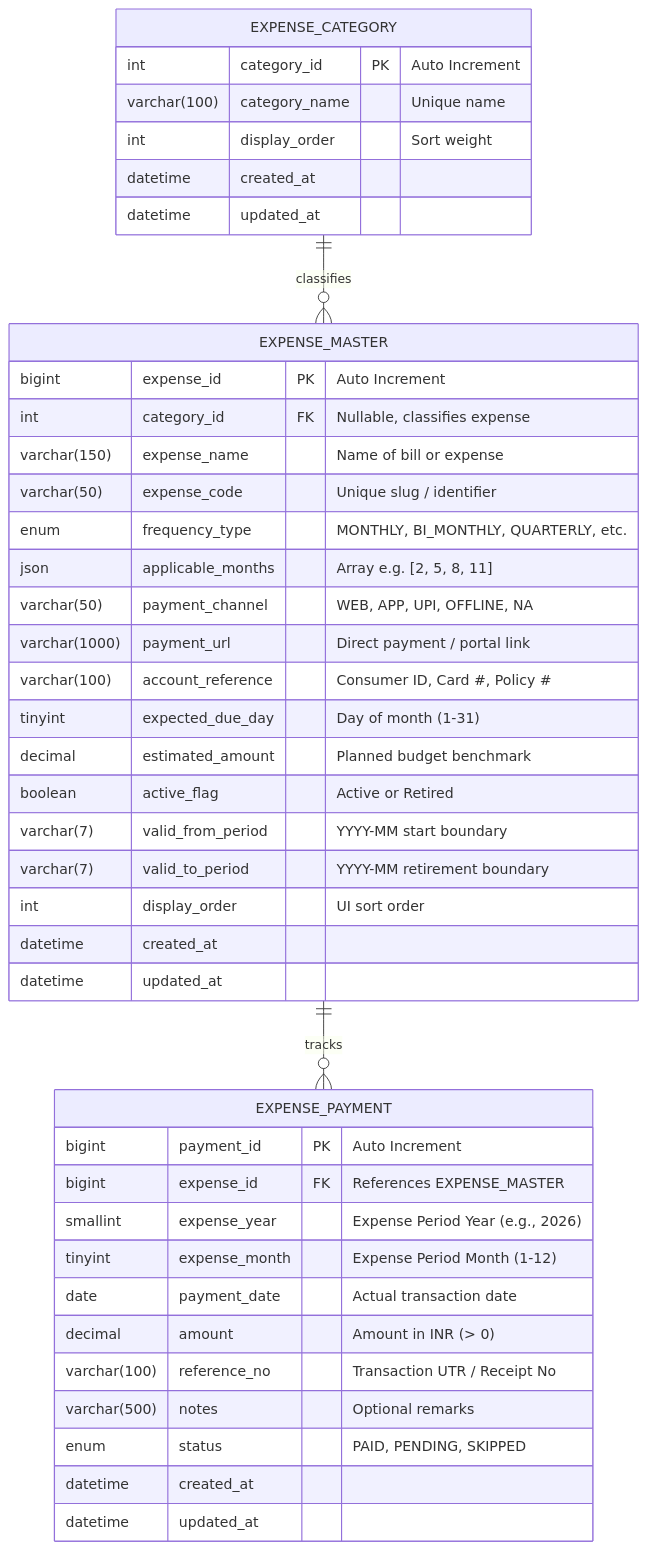
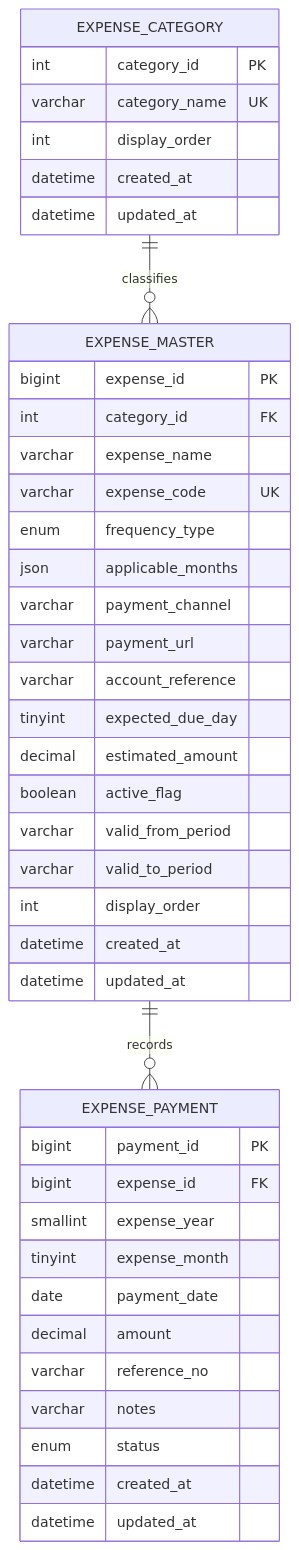
The diagram in er_diagram.md (rautrupesh75/expenseTracker), drawn with Mermaid before and after one commit. The commit also changed other lines of this file and 3 other files, not shown here.

````diff
--- a/er_diagram.md
+++ b/er_diagram.md
@@ -7,47 +6,47 @@
 ```mermaid
 erDiagram
     EXPENSE_CATEGORY ||--o{ EXPENSE_MASTER : classifies
-    EXPENSE_MASTER ||--o{ EXPENSE_PAYMENT : tracks
+    EXPENSE_MASTER ||--o{ EXPENSE_PAYMENT : records
 
     EXPENSE_CATEGORY {
-        int category_id PK "Auto Increment"
-        varchar(100) category_name "Unique name"
-        int display_order "Sort weight"
+        int category_id PK
+        varchar category_name UK
+        int display_order
         datetime created_at
         datetime updated_at
     }
 
     EXPENSE_MASTER {
-        bigint expense_id PK "Auto Increment"
-        int category_id FK "Nullable, classifies expense"
-        varchar(150) expense_name "Name of bill or expense"
-        varchar(50) expense_code "Unique slug / identifier"
-        enum frequency_type "MONTHLY, BI_MONTHLY, QUARTERLY, etc."
-        json applicable_months "Array e.g. [2, 5, 8, 11]"
-        varchar(50) payment_channel "WEB, APP, UPI, OFFLINE, NA"
-        varchar(1000) payment_url "Direct payment / portal link"
-        varchar(100) account_reference "Consumer ID, Card #, Policy #"
-        tinyint expected_due_day "Day of month (1-31)"
-        decimal estimated_amount "Planned budget benchmark"
-        boolean active_flag "Active or Retired"
-        varchar(7) valid_from_period "YYYY-MM start boundary"
-        varchar(7) valid_to_period "YYYY-MM retirement boundary"
-        int display_order "UI sort order"
+        bigint expense_id PK
+        int category_id FK
+        varchar expense_name
+        varchar expense_code UK
+        enum frequency_type
+        json applicable_months
+        varchar payment_channel
+        varchar payment_url
+        varchar account_reference
+        tinyint expected_due_day
+        decimal estimated_amount
+        boolean active_flag
+        varchar valid_from_period
+        varchar valid_to_period
+        int display_order
         datetime created_at
         datetime updated_at
     }
 
     EXPENSE_PAYMENT {
-        bigint payment_id PK "Auto Increment"
-        bigint expense_id FK "References EXPENSE_MASTER"
-        smallint expense_year "Expense Period Year (e.g., 2026)"
-        tinyint expense_month "Expense Period Month (1-12)"
-        date payment_date "Actual transaction date"
-        decimal amount "Amount in INR (> 0)"
-        varchar(100) reference_no "Transaction UTR / Receipt No"
-        varchar(500) notes "Optional remarks"
-        enum status "PAID, PENDING, SKIPPED"
+        bigint payment_id PK
+        bigint expense_id FK
+        smallint expense_year
+        tinyint expense_month
+        date payment_date
+        decimal amount
+        varchar reference_no
+        varchar notes
+        enum status
         datetime created_at
         datetime updated_at
     }
 ```
````
